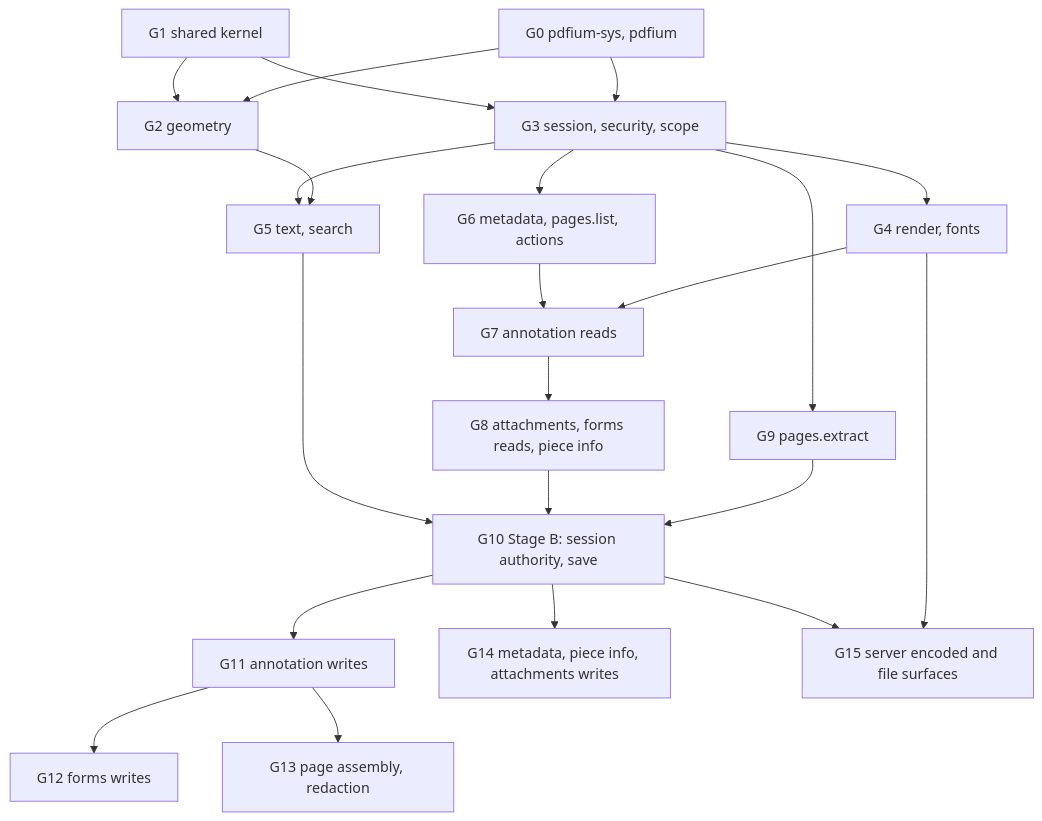
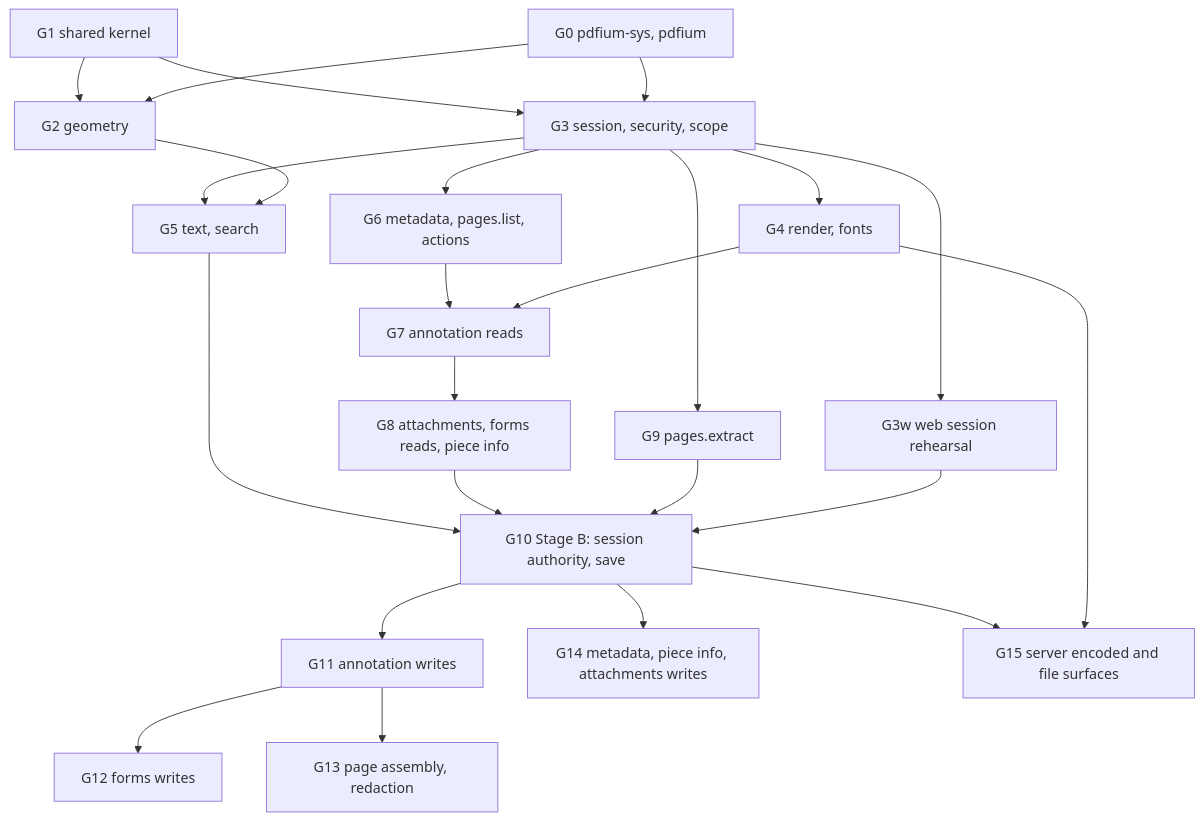
One commit to roanutil/embed-pdf-viewer changed the diagram in multiplatform-port-order.md. Above: the diagram before and after it, drawn with Mermaid. The commit also changed other lines of this file and 5 other files, not shown here.

````diff
--- a/multiplatform-port-order.md
+++ b/multiplatform-port-order.md
@@ -233,24 +257,26 @@
 ```mermaid
 flowchart TB
   G0[G0 pdfium-sys, pdfium] --> G2
   G1[G1 shared kernel] --> G2[G2 geometry]
   G0 --> G3[G3 session, security, scope]
   G1 --> G3
   G3 --> G4[G4 render, fonts]
   G2 --> G5[G5 text, search]
   G3 --> G5
   G3 --> G6[G6 metadata, pages.list, actions]
   G4 --> G7[G7 annotation reads]
   G6 --> G7
   G7 --> G8[G8 attachments, forms reads, piece info]
   G3 --> G9[G9 pages.extract]
-  G9 --> G10[G10 Stage B: session authority, save]
+  G3 --> G3w[G3w web session rehearsal]
+  G3w --> G10[G10 Stage B: session authority, save]
+  G9 --> G10
   G8 --> G10
   G5 --> G10
   G10 --> G11[G11 annotation writes]
   G10 --> G14[G14 metadata, piece info, attachments writes]
   G11 --> G12[G12 forms writes]
   G11 --> G13[G13 page assembly, redaction]
   G4 --> G15[G15 server encoded and file surfaces]
   G10 --> G15
 ```
````
